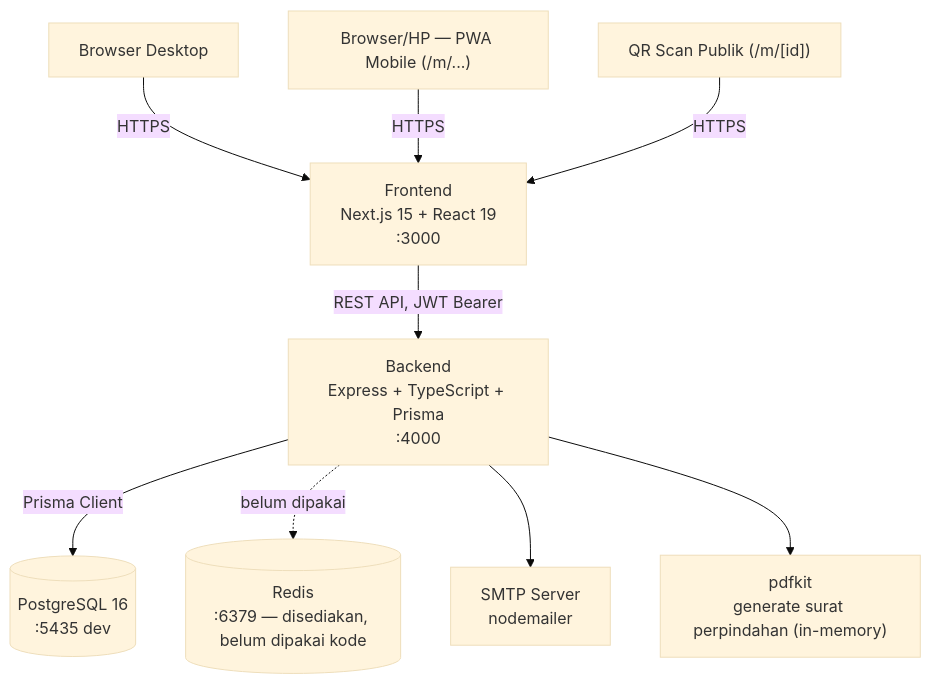
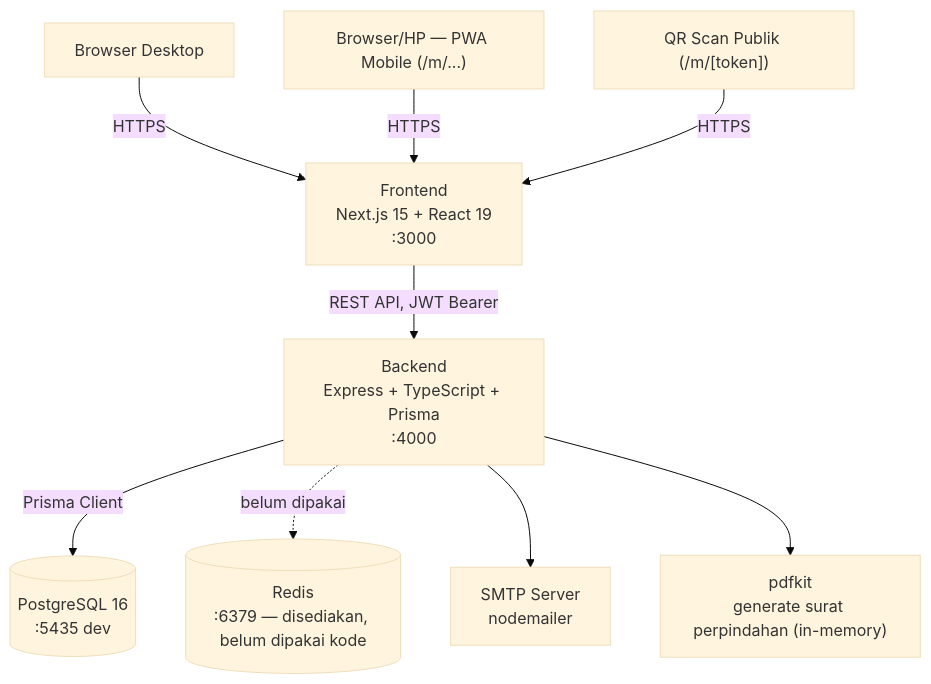
The diagram in docs/ARCHITECTURE.md (pwdaloe/Database-Warga-GKJJ), drawn with Mermaid (base theme) before and after one commit. The commit also changed 41 other files, not shown here.

````diff
--- a/docs/ARCHITECTURE.md
+++ b/docs/ARCHITECTURE.md
@@ -52,21 +52,21 @@
 ```mermaid
 graph TD
     Browser["Browser Desktop"]
     Mobile["Browser/HP — PWA Mobile (/m/...)"]
-    QR["QR Scan Publik (/m/[id])"]
+    QR["QR Scan Publik (/m/[token])"]
     FE["Frontend<br/>Next.js 15 + React 19<br/>:3000"]
     BE["Backend<br/>Express + TypeScript + Prisma<br/>:4000"]
     DB[("PostgreSQL 16<br/>:5435 dev")]
     Redis[("Redis<br/>:6379 — disediakan, belum dipakai kode")]
     SMTP["SMTP Server<br/>nodemailer"]
     PDF["pdfkit<br/>generate surat perpindahan (in-memory)"]
 
     Browser -->|HTTPS| FE
     Mobile -->|HTTPS| FE
     QR -->|HTTPS| FE
     FE -->|REST API, JWT Bearer| BE
     BE -->|Prisma Client| DB
     BE -.->|belum dipakai| Redis
     BE --> SMTP
     BE --> PDF
 ```
````
